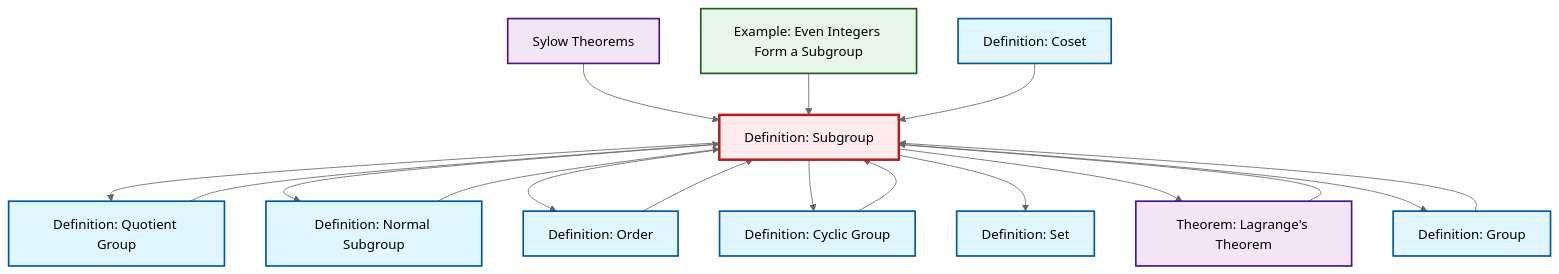
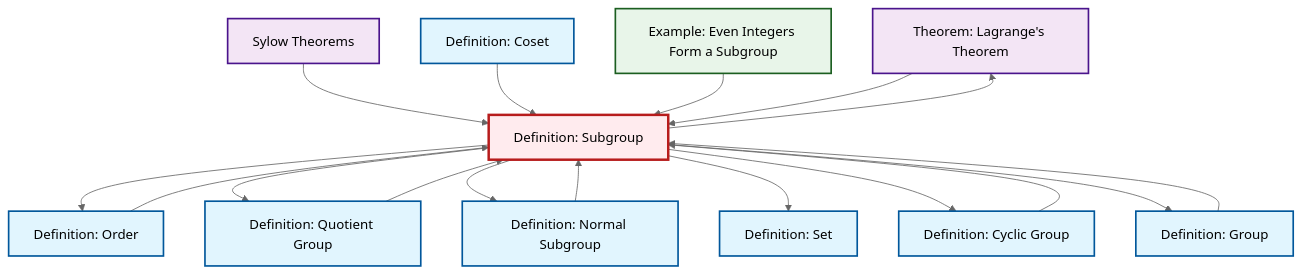
Before and after one commit to RK0429/ModernMath: the diagram in output/mermaid/def-subgroup.mermaid, drawn with Mermaid (neutral theme). The commit also changed other lines of this file and 597 other files, not shown here.

```diff
--- a/output/mermaid/def-subgroup.mermaid
+++ b/output/mermaid/def-subgroup.mermaid
@@ -1,35 +1,35 @@
 %%| fig-cap: "Local dependency graph"
 graph TD
     classDef definition fill:#e1f5fe,stroke:#01579b,stroke-width:2px
     classDef theorem fill:#f3e5f5,stroke:#4a148c,stroke-width:2px
     classDef axiom fill:#fff3e0,stroke:#e65100,stroke-width:2px
     classDef example fill:#e8f5e9,stroke:#1b5e20,stroke-width:2px
     classDef current fill:#ffebee,stroke:#b71c1c,stroke-width:3px
+    thm-lagrange["Theorem: Lagrange's Theorem"]:::theorem
+    def-order["Definition: Order"]:::definition
+    def-cyclic-group["Definition: Cyclic Group"]:::definition
+    ex-even-integers-subgroup["Example: Even Integers Form a Subgroup"]:::example
+    thm-sylow["Sylow Theorems"]:::theorem
+    def-set["Definition: Set"]:::definition
+    def-coset["Definition: Coset"]:::definition
+    def-normal-subgroup["Definition: Normal Subgroup"]:::definition
+    def-quotient-group["Definition: Quotient Group"]:::definition
     def-subgroup["Definition: Subgroup"]:::definition
-    thm-sylow["Sylow Theorems"]:::theorem
-    def-order["Definition: Order"]:::definition
-    def-quotient-group["Definition: Quotient Group"]:::definition
-    thm-lagrange["Theorem: Lagrange's Theorem"]:::theorem
-    def-coset["Definition: Coset"]:::definition
-    def-cyclic-group["Definition: Cyclic Group"]:::definition
     def-group["Definition: Group"]:::definition
-    def-set["Definition: Set"]:::definition
-    ex-even-integers-subgroup["Example: Even Integers Form a Subgroup"]:::example
-    def-normal-subgroup["Definition: Normal Subgroup"]:::definition
+    thm-sylow --> def-subgroup
+    def-subgroup --> def-order
+    def-quotient-group --> def-subgroup
+    def-subgroup --> def-quotient-group
+    def-group --> def-subgroup
+    def-subgroup --> def-normal-subgroup
+    def-coset --> def-subgroup
+    def-subgroup --> def-set
+    def-subgroup --> def-cyclic-group
+    ex-even-integers-subgroup --> def-subgroup
     def-order --> def-subgroup
-    thm-sylow --> def-subgroup
+    thm-lagrange --> def-subgroup
     def-cyclic-group --> def-subgroup
-    def-subgroup --> def-quotient-group
-    def-subgroup --> def-normal-subgroup
-    def-quotient-group --> def-subgroup
-    def-subgroup --> def-order
-    ex-even-integers-subgroup --> def-subgroup
-    def-group --> def-subgroup
-    def-subgroup --> def-cyclic-group
-    def-coset --> def-subgroup
     def-normal-subgroup --> def-subgroup
-    def-subgroup --> def-set
+    def-subgroup --> def-group
     def-subgroup --> thm-lagrange
-    def-subgroup --> def-group
-    thm-lagrange --> def-subgroup
     class def-subgroup current
```
